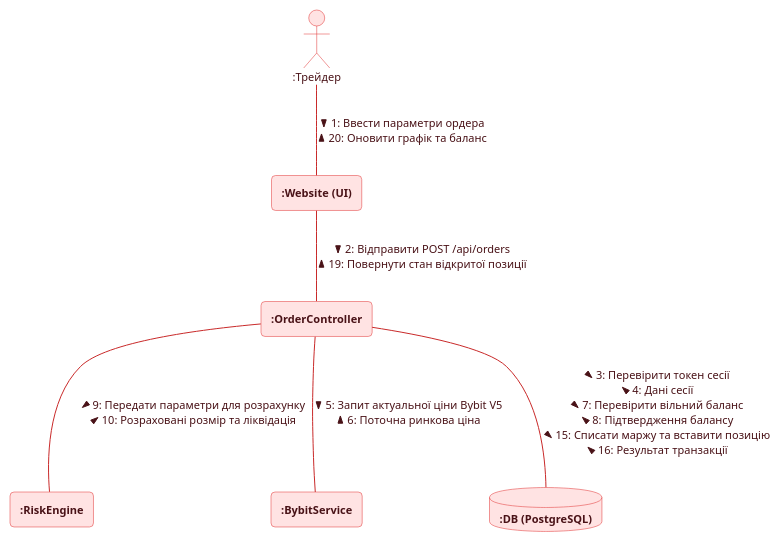
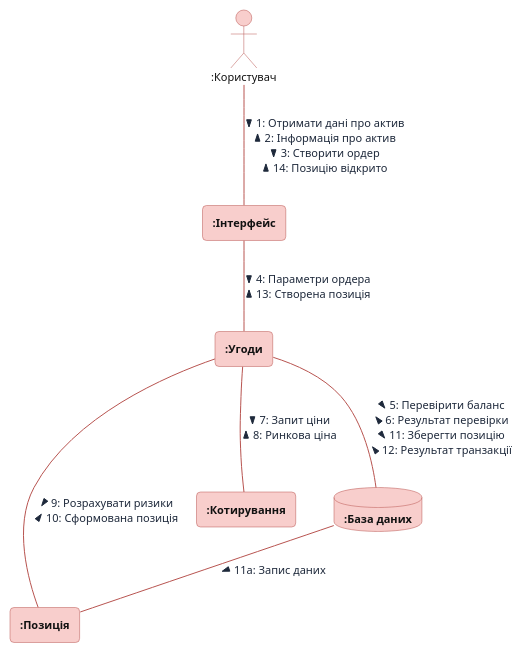
The diagram in diagrams/puml/09_communication_diagram.puml (Hast1k/bygigabit), drawn with PlantUML before and after one commit. The commit also changed 43 other files, not shown here.

Commit message:
docs(diagrams): Refactor diagrams with dual use case, generalized names, single state flow, and clean labels

```diff
--- a/diagrams/puml/09_communication_diagram.puml
+++ b/diagrams/puml/09_communication_diagram.puml
@@ -1,42 +1,43 @@
 @startuml
 skinparam backgroundColor #FFFFFF
 skinparam defaultFontName Arial
 skinparam defaultFontSize 11
 skinparam roundCorner 8
 skinparam shadowing false
 
 skinparam rectangle {
-    borderColor #E03131
-    backgroundColor #FFE3E3
-    fontColor #491217
+    borderColor #B85450
+    backgroundColor #F8CECC
+    fontColor #111111
     fontStyle bold
 }
 skinparam database {
-    borderColor #E03131
-    backgroundColor #FFE3E3
-    fontColor #491217
+    borderColor #B85450
+    backgroundColor #F8CECC
+    fontColor #111111
     fontStyle bold
 }
 skinparam actor {
-    borderColor #E03131
-    backgroundColor #FFE3E3
-    fontColor #491217
+    borderColor #B85450
+    backgroundColor #F8CECC
+    fontColor #111111
 }
 skinparam arrow {
-    color #C92A2A
-    fontColor #491217
+    color #B85450
+    fontColor #1E293B
 }
 
-actor ":Трейдер" as Trader
-rectangle ":Website (UI)" as Website
-rectangle ":OrderController" as Controller
-rectangle ":RiskEngine" as RiskEngine
-rectangle ":BybitService" as Bybit
-database ":DB (PostgreSQL)" as DB
+actor ":Користувач" as User
+rectangle ":Інтерфейс" as UI
+rectangle ":Угоди" as Orders
+rectangle ":Позиція" as Position
+rectangle ":Котирування" as Market
+database ":База даних" as DB
 
-Trader -- Website : 1: Ввести параметри ордера >\n20: Оновити графік та баланс <
-Website -- Controller : 2: Відправити POST /api/orders >\n19: Повернути стан відкритої позиції <
-Controller -- DB : 3: Перевірити токен сесії >\n4: Дані сесії <\n7: Перевірити вільний баланс >\n8: Підтвердження балансу <\n15: Списати маржу та вставити позицію >\n16: Результат транзакції <
-Controller -- Bybit : 5: Запит актуальної ціни Bybit V5 >\n6: Поточна ринкова ціна <
-Controller -- RiskEngine : 9: Передати параметри для розрахунку >\n10: Розраховані розмір та ліквідація <
+User -- UI : 1: Отримати дані про актив >\n2: Інформація про актив <\n3: Створити ордер >\n14: Позицію відкрито <
+UI -- Orders : 4: Параметри ордера >\n13: Створена позиція <
+Orders -- DB : 5: Перевірити баланс >\n6: Результат перевірки <\n11: Зберегти позицію >\n12: Результат транзакції <
+Orders -- Market : 7: Запит ціни >\n8: Ринкова ціна <
+Orders -- Position : 9: Розрахувати ризики >\n10: Сформована позиція <
+DB -- Position : 11a: Запис даних >
 @enduml
```
